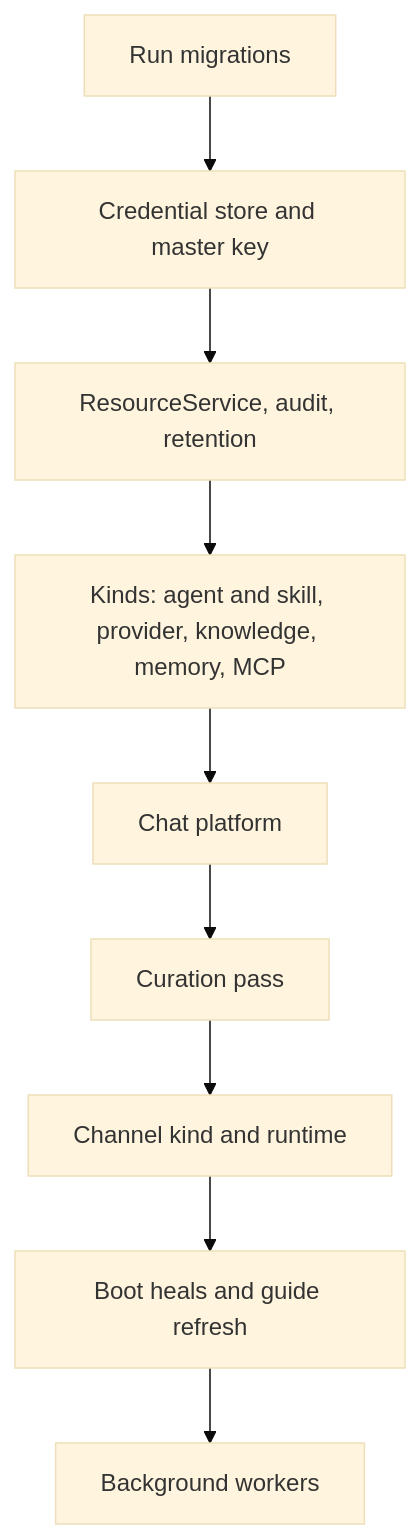
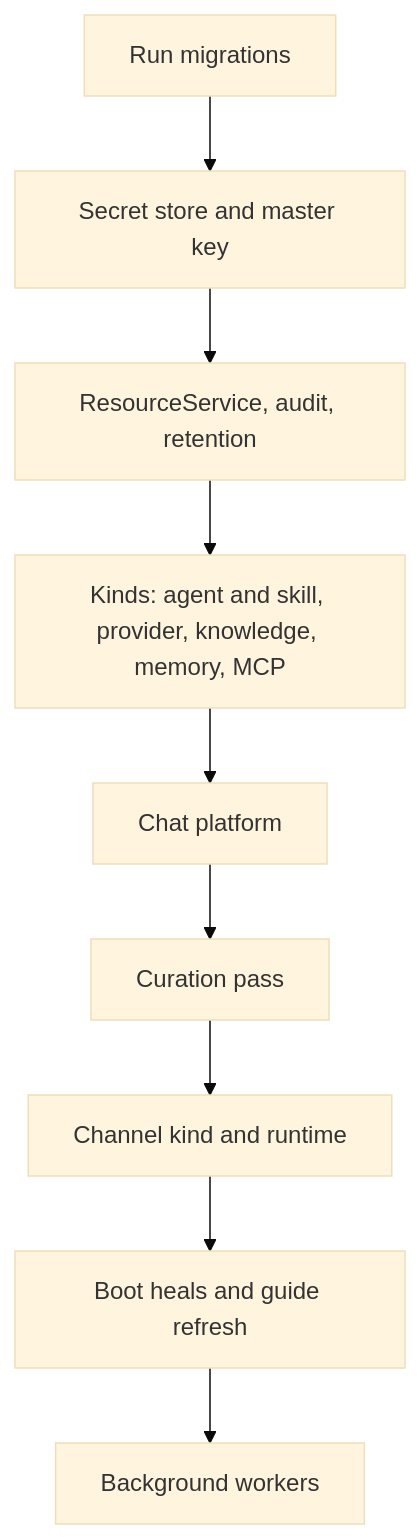
The second of 2 diagrams in docs-site/architecture/layering.md (wyx-sg/Coffer), drawn with Mermaid (base theme) before and after one commit. The commit also changed other lines of this file and 340 other files, not shown here.

````diff
--- a/docs-site/architecture/layering.md
+++ b/docs-site/architecture/layering.md
@@ -93,11 +93,11 @@
 ```mermaid
 flowchart TB
-  M["Run migrations"] --> C["Credential store and master key"]
+  M["Run migrations"] --> C["Secret store and master key"]
   C --> R["ResourceService, audit, retention"]
   R --> K["Kinds: agent and skill, provider, knowledge, memory, MCP"]
   K --> CH["Chat platform"]
   CH --> CU["Curation pass"]
   CU --> CN["Channel kind and runtime"]
   CN --> H["Boot heals and guide refresh"]
   H --> W["Background workers"]
 ```
````
